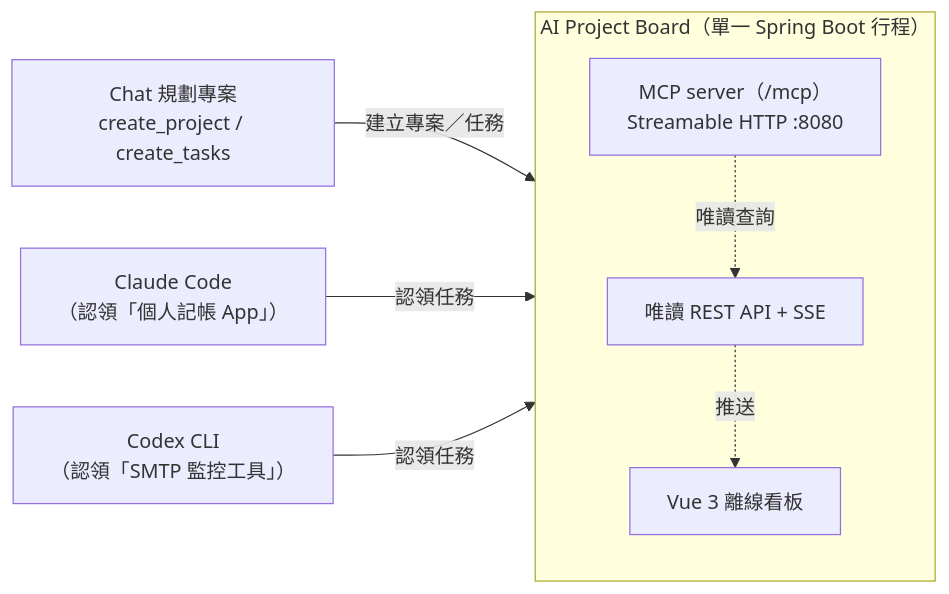
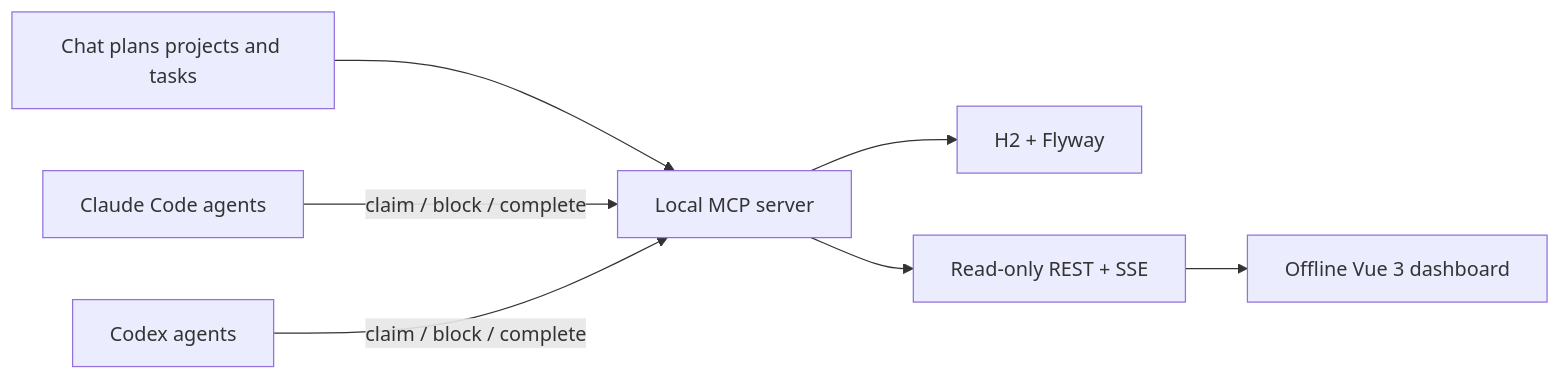
Before and after one commit to hpigu/AIProjectDashboard: the diagram in README.md, drawn with Mermaid. The commit also changed other lines of this file and 20 other files, not shown here.

````diff
--- a/README.md
+++ b/README.md
@@ -15,18 +206,9 @@
 ```mermaid
 flowchart LR
-    Chat["Chat 規劃專案<br/>create_project / create_tasks"]
-    ClaudeCode["Claude Code<br/>（認領「個人記帳 App」）"]
-    Codex["Codex CLI<br/>（認領「SMTP 監控工具」）"]
-
-    subgraph Board["AI Project Board（單一 Spring Boot 行程）"]
-        direction TB
-        MCP["MCP server（/mcp）<br/>Streamable HTTP :8080"]
-        REST["唯讀 REST API + SSE"]
-        UI["Vue 3 離線看板"]
-        MCP -.唯讀查詢.-> REST -.推送.-> UI
-    end
-
-    Chat -->|建立專案／任務| MCP
-    ClaudeCode -->|認領任務| MCP
-    Codex -->|認領任務| MCP
+    Planner["Chat plans projects and tasks"] --> MCP["Local MCP server"]
+    Claude["Claude Code agents"] -->|claim / block / complete| MCP
+    Codex["Codex agents"] -->|claim / block / complete| MCP
+    MCP --> DB["H2 + Flyway"]
+    MCP --> REST["Read-only REST + SSE"]
+    REST --> UI["Offline Vue 3 dashboard"]
 ```
````
